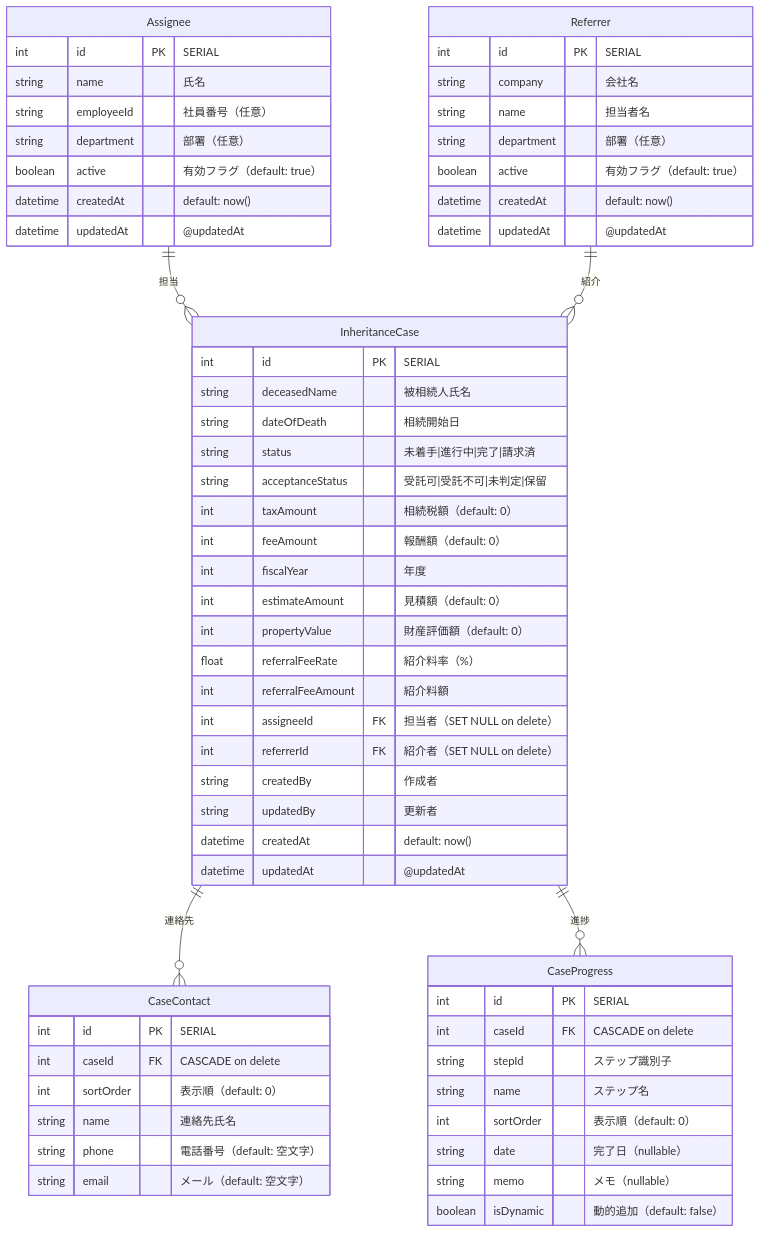
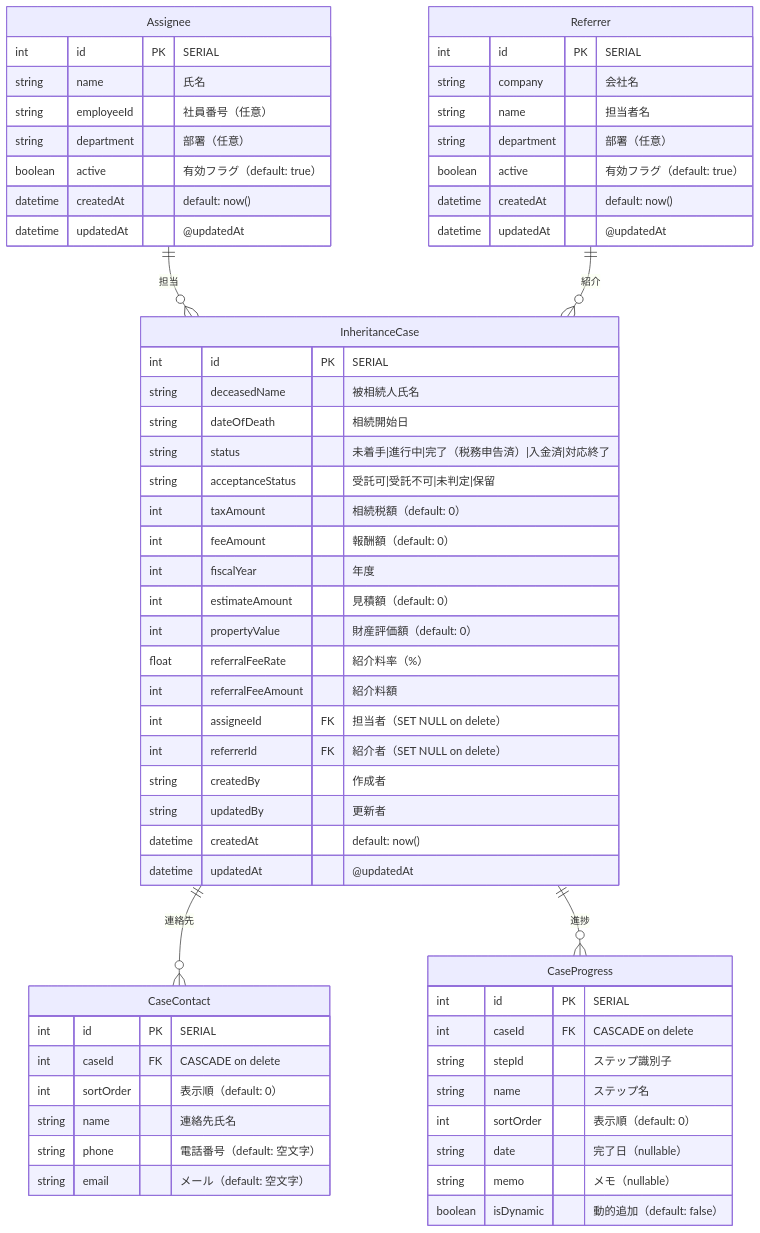
Before and after one commit to kojima1978/tax_apps: the diagram in apps/inheritance-case-management/docs/database_schema.md, drawn with Mermaid. The commit also changed other lines of this file and 23 other files, not shown here.

````diff
--- a/apps/inheritance-case-management/docs/database_schema.md
+++ b/apps/inheritance-case-management/docs/database_schema.md
@@ -5,68 +5,68 @@
 ```mermaid
 erDiagram
     Assignee ||--o{ InheritanceCase : "担当"
     Referrer ||--o{ InheritanceCase : "紹介"
     InheritanceCase ||--o{ CaseContact : "連絡先"
     InheritanceCase ||--o{ CaseProgress : "進捗"
 
     InheritanceCase {
         int id PK "SERIAL"
         string deceasedName "被相続人氏名"
         string dateOfDeath "相続開始日"
-        string status "未着手|進行中|完了|請求済"
+        string status "未着手|進行中|完了（税務申告済）|入金済|対応終了"
         string acceptanceStatus "受託可|受託不可|未判定|保留"
         int taxAmount "相続税額（default: 0）"
         int feeAmount "報酬額（default: 0）"
         int fiscalYear "年度"
         int estimateAmount "見積額（default: 0）"
         int propertyValue "財産評価額（default: 0）"
         float referralFeeRate "紹介料率（%）"
         int referralFeeAmount "紹介料額"
         int assigneeId FK "担当者（SET NULL on delete）"
         int referrerId FK "紹介者（SET NULL on delete）"
         string createdBy "作成者"
         string updatedBy "更新者"
         datetime createdAt "default: now()"
         datetime updatedAt "@updatedAt"
     }
 
     Assignee {
         int id PK "SERIAL"
         string name "氏名"
         string employeeId "社員番号（任意）"
         string department "部署（任意）"
         boolean active "有効フラグ（default: true）"
         datetime createdAt "default: now()"
         datetime updatedAt "@updatedAt"
     }
 
     Referrer {
         int id PK "SERIAL"
         string company "会社名"
         string name "担当者名"
         string department "部署（任意）"
         boolean active "有効フラグ（default: true）"
         datetime createdAt "default: now()"
         datetime updatedAt "@updatedAt"
     }
 
     CaseContact {
         int id PK "SERIAL"
         int caseId FK "CASCADE on delete"
         int sortOrder "表示順（default: 0）"
         string name "連絡先氏名"
         string phone "電話番号（default: 空文字）"
         string email "メール（default: 空文字）"
     }
 
     CaseProgress {
         int id PK "SERIAL"
         int caseId FK "CASCADE on delete"
         string stepId "ステップ識別子"
         string name "ステップ名"
         int sortOrder "表示順（default: 0）"
         string date "完了日（nullable）"
         string memo "メモ（nullable）"
         boolean isDynamic "動的追加（default: false）"
     }
 ```
````
